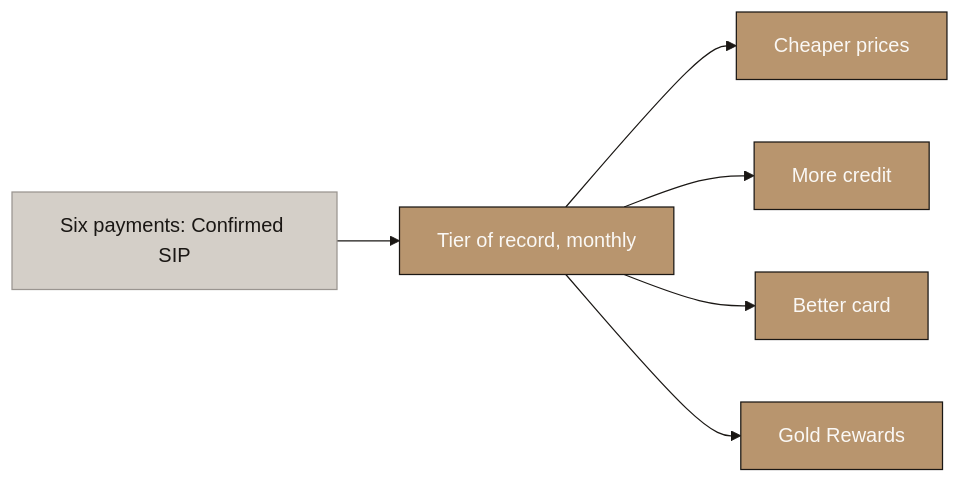
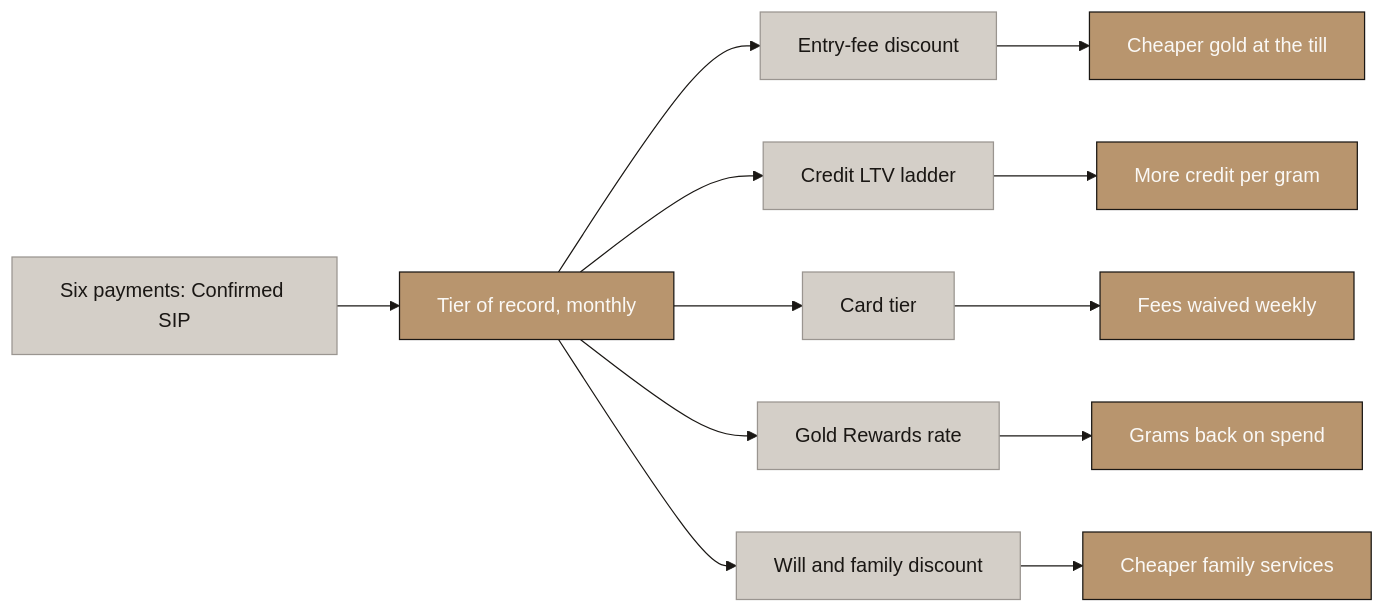
Before and after one commit to Abdsys/Aurumix: the first of 6 diagrams in deliverables/2-mechanism-design/Aurumix_Process_Maps_ICS_Benefits.md, drawn with Mermaid. The commit also changed other lines of this file, not shown here.

Commit message:
Name all five benefits with outcomes in the common engine map
Diagram 0 now fans out to the five named benefits (stone) each paired
with its outcome (gold). Deliberate 12-node exception to the 4-6 rule,
flagged in the diagram plan.

````diff
--- a/deliverables/2-mechanism-design/Aurumix_Process_Maps_ICS_Benefits.md
+++ b/deliverables/2-mechanism-design/Aurumix_Process_Maps_ICS_Benefits.md
@@ -34,27 +34,39 @@
 ```mermaid
 %%{init: {'theme': 'base', 'themeVariables': {
     'primaryColor': '#B8956E',
     'primaryTextColor': '#1A1714',
     'primaryBorderColor': '#1A1714',
     'lineColor': '#1A1714',
     'secondaryColor': '#FAF8F5',
     'tertiaryColor': '#D4CFC8',
     'fontFamily': 'Libre Franklin, sans-serif',
     'edgeLabelBackground': '#D4CFC8',
     'clusterBkg': '#FAF8F5',
     'clusterBorder': '#B8956E'
 }}}%%
 graph LR
     A["Six payments: Confirmed SIP"] --> B["Tier of record, monthly"]
-    B --> C["Cheaper prices"]
-    B --> D["More credit"]
-    B --> E["Better card"]
-    B --> F["Gold Rewards"]
+    B --> C["Entry-fee discount"]
+    B --> D["Credit LTV ladder"]
+    B --> E["Card tier"]
+    B --> F["Gold Rewards rate"]
+    B --> G["Will and family discount"]
+    C --> H["Cheaper gold at the till"]
+    D --> I["More credit per gram"]
+    E --> J["Fees waived weekly"]
+    F --> K["Grams back on spend"]
+    G --> L["Cheaper family services"]
 
     style A fill:#D4CFC8,stroke:#9A9590,color:#1A1714
     style B fill:#B8956E,stroke:#1A1714,color:#FAF8F5
-    style C fill:#B8956E,stroke:#1A1714,color:#FAF8F5
-    style D fill:#B8956E,stroke:#1A1714,color:#FAF8F5
-    style E fill:#B8956E,stroke:#1A1714,color:#FAF8F5
-    style F fill:#B8956E,stroke:#1A1714,color:#FAF8F5
+    style C fill:#D4CFC8,stroke:#9A9590,color:#1A1714
+    style D fill:#D4CFC8,stroke:#9A9590,color:#1A1714
+    style E fill:#D4CFC8,stroke:#9A9590,color:#1A1714
+    style F fill:#D4CFC8,stroke:#9A9590,color:#1A1714
+    style G fill:#D4CFC8,stroke:#9A9590,color:#1A1714
+    style H fill:#B8956E,stroke:#1A1714,color:#FAF8F5
+    style I fill:#B8956E,stroke:#1A1714,color:#FAF8F5
+    style J fill:#B8956E,stroke:#1A1714,color:#FAF8F5
+    style K fill:#B8956E,stroke:#1A1714,color:#FAF8F5
+    style L fill:#B8956E,stroke:#1A1714,color:#FAF8F5
 ```
````
